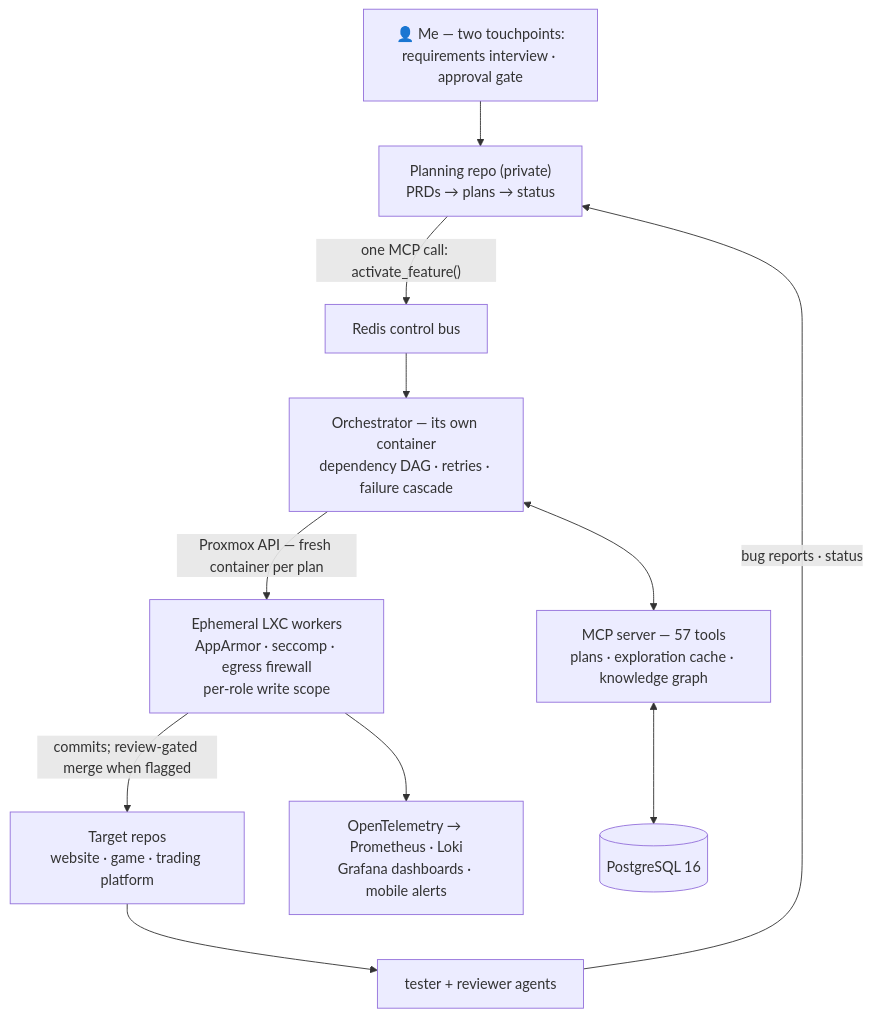
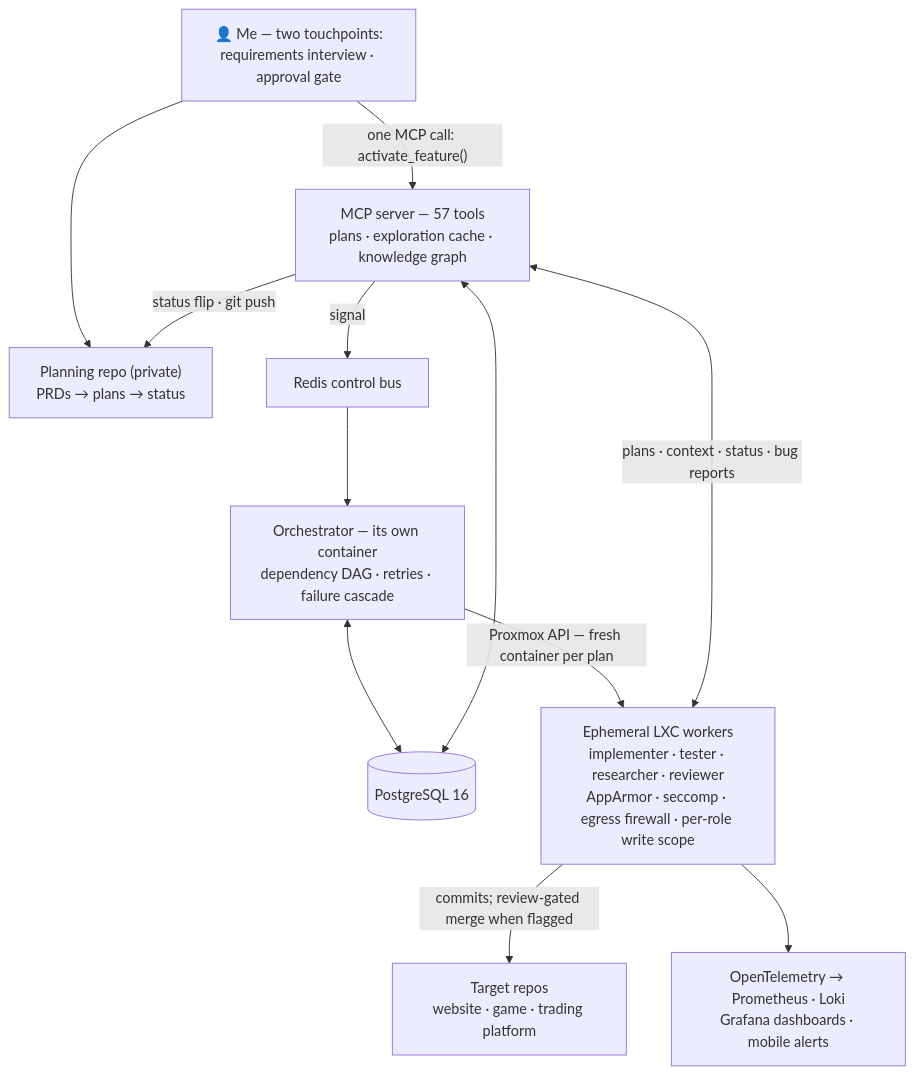
One commit to GuppitusMaximus/fish-tank changed the diagram in README.md. Above: the diagram before and after it, drawn with Mermaid.

Commit message:
README: correct MCP data flows in architecture diagram
The diagram drew a direct orchestrator↔MCP link that doesn't exist
(they share state via PostgreSQL + Redis only) and omitted the two
real MCP client populations: dev-vm sessions (activate_feature goes
through MCP, not repo→Redis directly) and the LXC workers, which are
the heaviest consumers (plans, status, cache/KG over HTTP). Also folds
the tester/reviewer box into the worker node — same ephemeral LXC
population, spawned by the orchestrator like every other plan — and
adds the orchestrator's direct PostgreSQL edge.

Claude-Session: https://claude.ai/code/session_01Gh7s1Q11RtmwDQ693jsShe

````diff
--- a/README.md
+++ b/README.md
@@ -28,13 +28,14 @@
 ```mermaid
 flowchart TD
     U["👤 Me — two touchpoints:\nrequirements interview · approval gate"] --> P["Planning repo (private)\nPRDs → plans → status"]
-    P -->|"one MCP call: activate_feature()"| B["Redis control bus"]
+    U -->|"one MCP call: activate_feature()"| M["MCP server — 57 tools\nplans · exploration cache · knowledge graph"]
+    M -->|"status flip · git push"| P
+    M -->|"signal"| B["Redis control bus"]
     B --> O["Orchestrator — its own container\ndependency DAG · retries · failure cascade"]
-    O -->|"Proxmox API — fresh container per plan"| L["Ephemeral LXC workers\nAppArmor · seccomp · egress firewall\nper-role write scope"]
+    O <--> DB[("PostgreSQL 16")]
+    M <--> DB
+    O -->|"Proxmox API — fresh container per plan"| L["Ephemeral LXC workers\nimplementer · tester · researcher · reviewer\nAppArmor · seccomp · egress firewall · per-role write scope"]
+    L <-->|"plans · context · status · bug reports"| M
     L -->|"commits; review-gated merge when flagged"| T["Target repos\nwebsite · game · trading platform"]
-    T --> QA["tester + reviewer agents"]
-    QA -->|"bug reports · status"| P
-    O <--> M["MCP server — 57 tools\nplans · exploration cache · knowledge graph"]
-    M <--> DB[("PostgreSQL 16")]
     L --> OT["OpenTelemetry → Prometheus · Loki\nGrafana dashboards · mobile alerts"]
 ```
````
